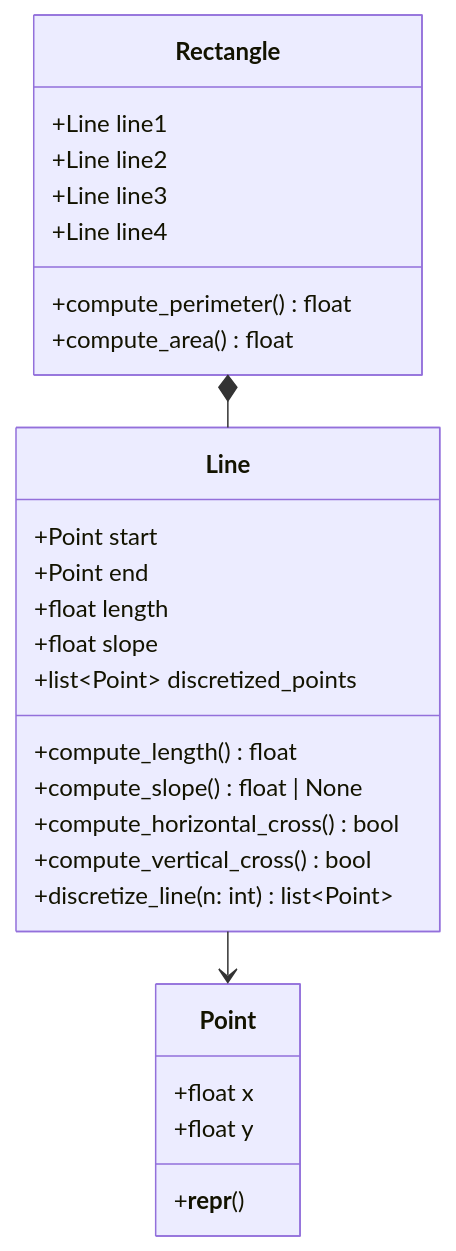
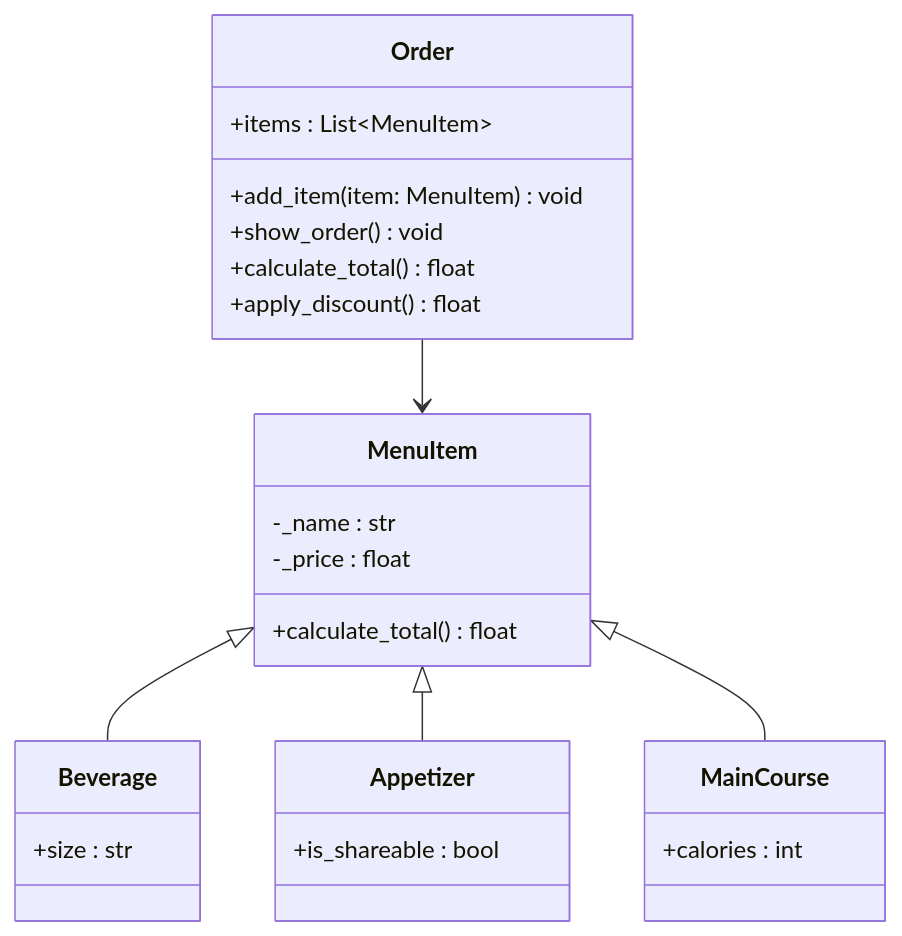
Before and after one commit to SamuelRojas09/RETO-3: the first of 2 diagrams in README.md, drawn with Mermaid. The commit also changed other lines of this file, not shown here.

````diff
--- a/README.md
+++ b/README.md
@@ -68,38 +68,35 @@
 ```mermaid
 classDiagram
-%%{init: {"layout": "elk"}}%%
+    direction TB
 
-class Point {
-    +float x
-    +float y
-    +__repr__()
-}
+    class MenuItem {
+        -_name : str
+        -_price : float
+        +calculate_total() float
+    }
 
-class Line {
-    +Point start
-    +Point end
-    +float length
-    +float slope
-    +list~Point~ discretized_points
-    +compute_length() float
-    +compute_slope() float | None
-    +compute_horizontal_cross() bool
-    +compute_vertical_cross() bool
-    +discretize_line(n: int) list~Point~
-}
+    class Beverage {
+        +size : str
+    }
 
-class Rectangle {
-    +Line line1
-    +Line line2
-    +Line line3
-    +Line line4
-    +compute_perimeter() float
-    +compute_area() float
-}
+    class Appetizer {
+        +is_shareable : bool
+    }
 
-Line --> Point
-Rectangle *-- Line
+    class MainCourse {
+        +calories : int
+    }
 
-%% Line está definida por 2 puntos
-%% Rectangle está compuesto por 4 líneas
+    class Order {
+        +items : List~MenuItem~
+        +add_item(item: MenuItem) void
+        +show_order() void
+        +calculate_total() float
+        +apply_discount() float
+    }
+
+    MenuItem <|-- Beverage
+    MenuItem <|-- Appetizer
+    MenuItem <|-- MainCourse
+    Order --> MenuItem
 ```
````
